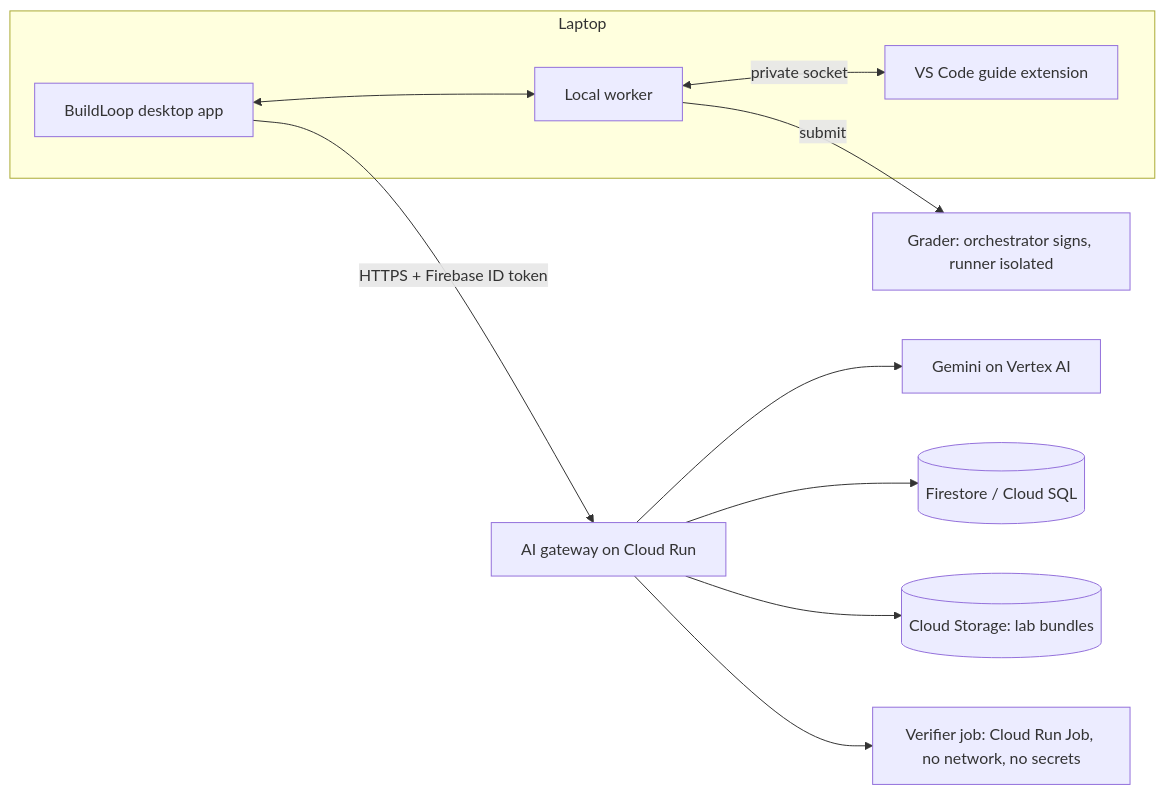
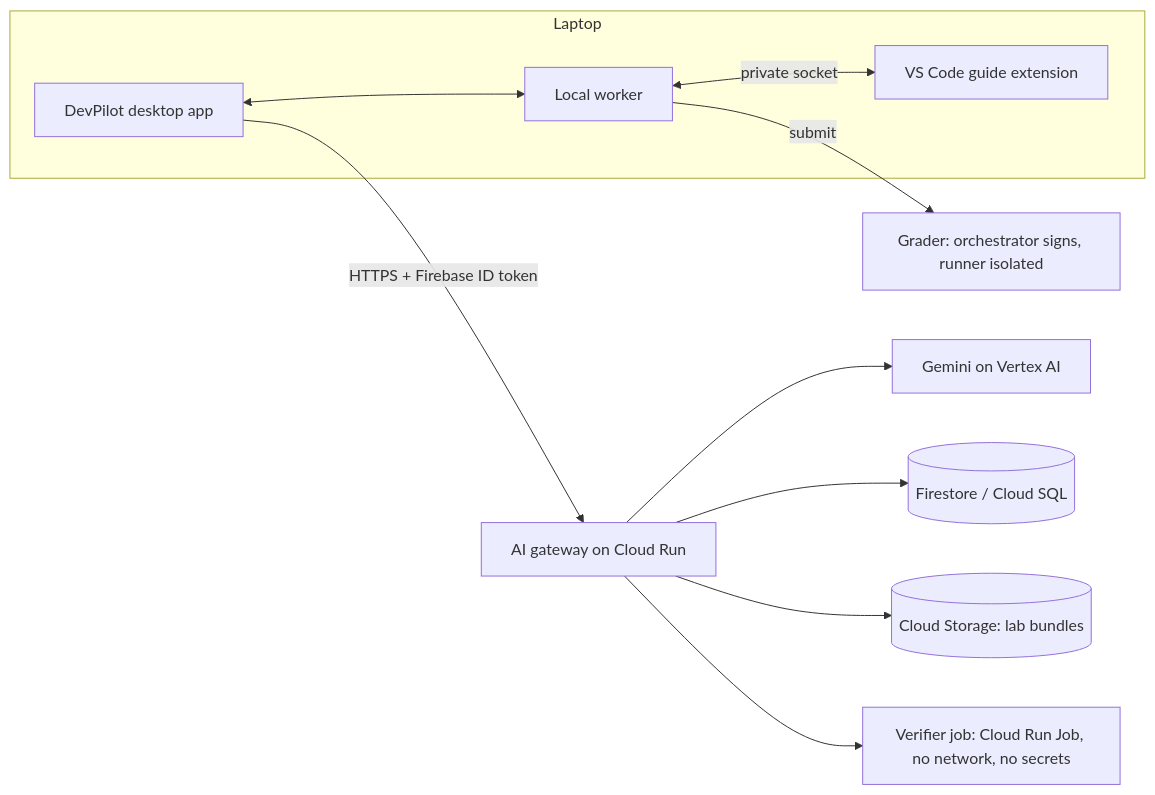
The diagram in docs/buildathon/PLAN.md (Error404NotFoundSoftwareSolutions/DevSphere), drawn with Mermaid before and after one commit. The commit also changed other lines of this file and 63 other files, not shown here.

First line of the commit message:
chore: rename the product from BuildLoop to DevPilot

````diff
--- a/docs/buildathon/PLAN.md
+++ b/docs/buildathon/PLAN.md
@@ -32,13 +32,13 @@
 ```mermaid
 flowchart LR
   subgraph Laptop
-    APP[BuildLoop desktop app] <--> W[Local worker]
+    APP[DevPilot desktop app] <--> W[Local worker]
     W <-- private socket --> EXT[VS Code guide extension]
   end
   APP -- HTTPS + Firebase ID token --> GW[AI gateway on Cloud Run]
   GW --> GEM[Gemini on Vertex AI]
   GW --> DB[(Firestore / Cloud SQL)]
   GW --> GCS[(Cloud Storage: lab bundles)]
   GW --> VER[Verifier job: Cloud Run Job, no network, no secrets]
   W -- submit --> GR[Grader: orchestrator signs, runner isolated]
 ```
````
